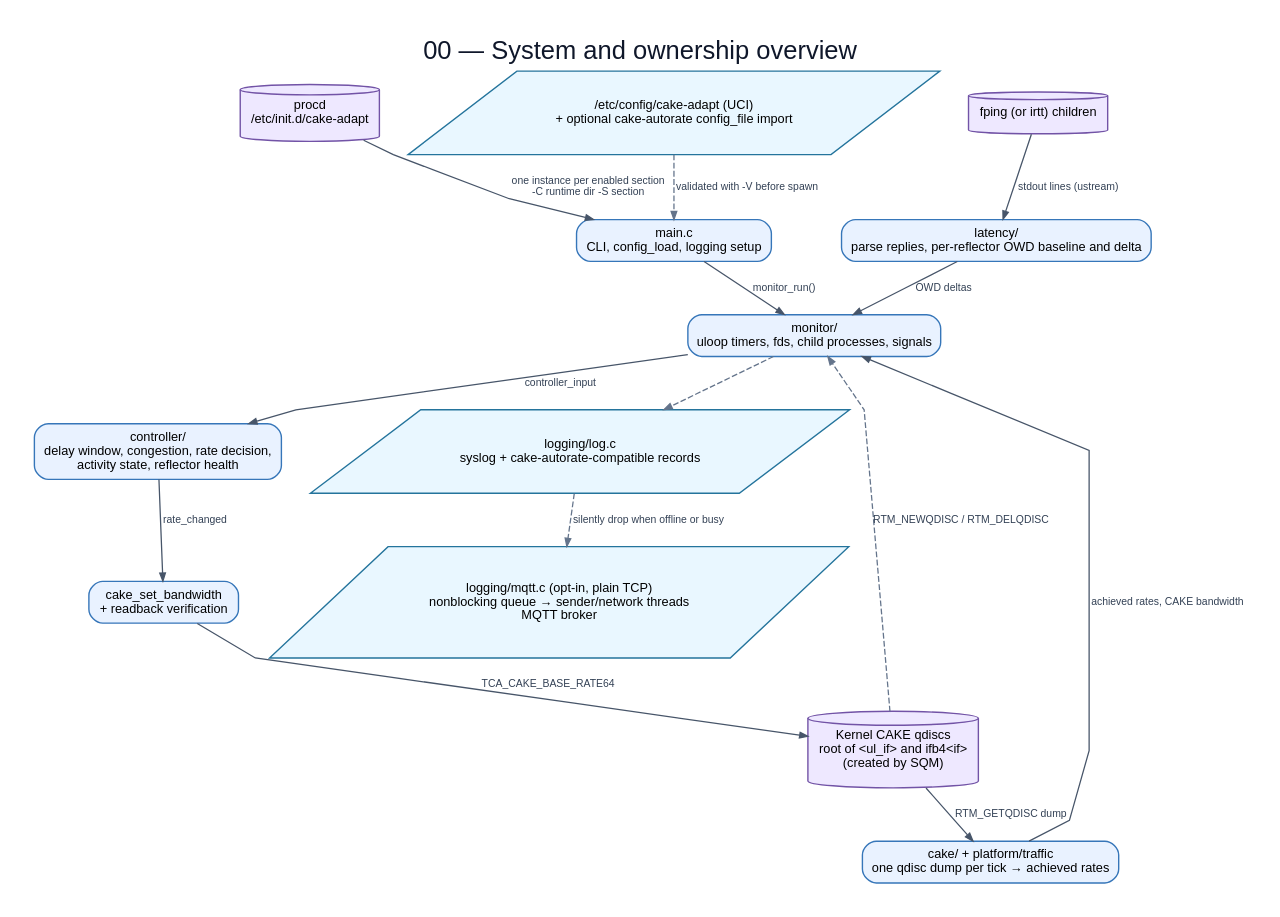
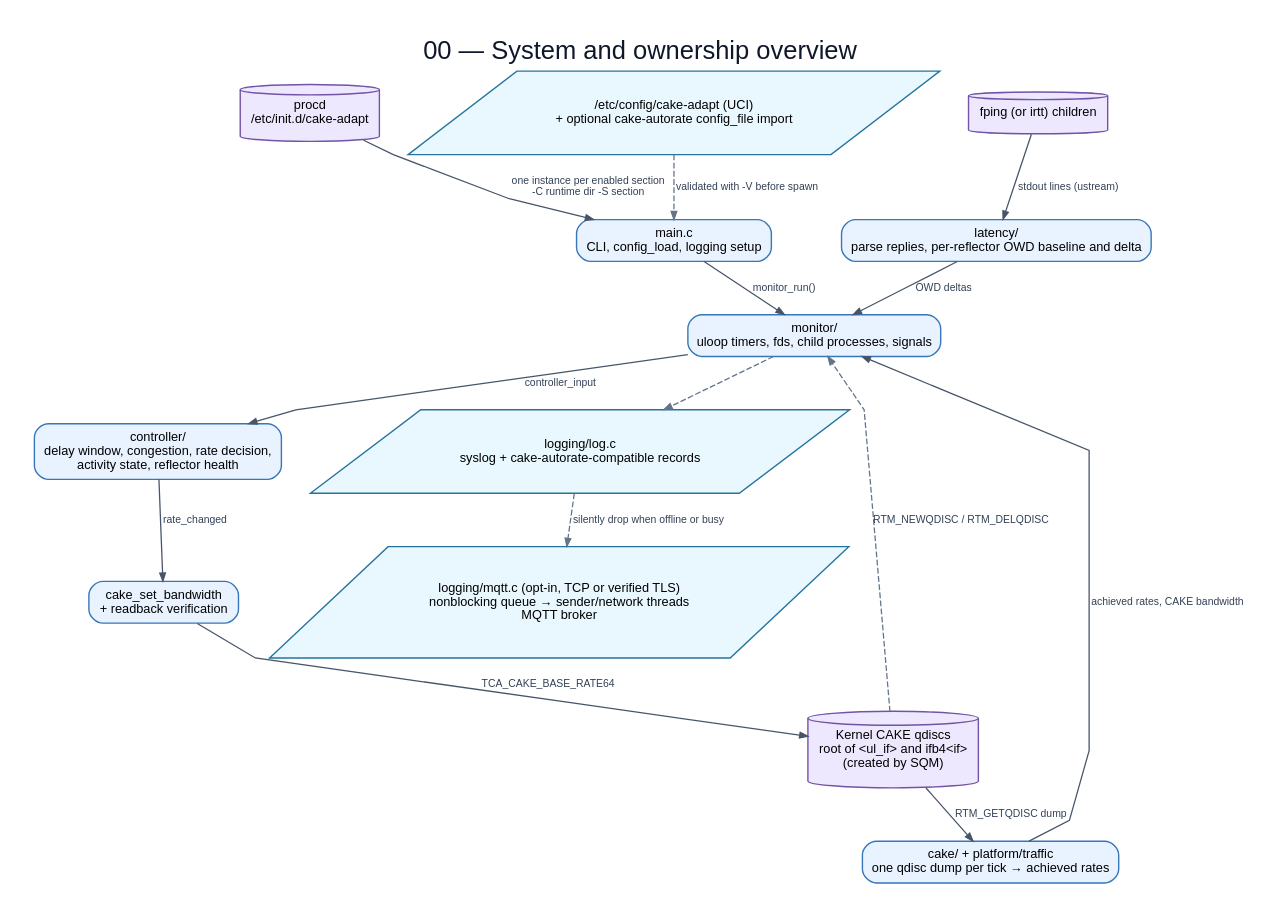
The diagram in flowchart/diagrams/00-system-overview.dot (huydoan94/cake-adapt), drawn with Graphviz before and after one commit. The commit also changed 51 other files, not shown here.

Commit message:
Add optional SSL MQTT builds and TLS configuration

```diff
--- a/flowchart/diagrams/00-system-overview.dot
+++ b/flowchart/diagrams/00-system-overview.dot
@@ -1,30 +1,30 @@
 digraph G {
   graph [rankdir=TB,bgcolor="white",pad="0.30",nodesep="0.35",ranksep="0.48",splines=polyline,fontname="Arial",label="00 — System and ownership overview",labelloc=t,fontsize=22,fontcolor="#0f172a"];
   node [fontname="Arial",fontsize=11,margin="0.14,0.09",penwidth=1.2];
   edge [fontname="Arial",fontsize=9,color="#475569",fontcolor="#334155",arrowsize=0.7,penwidth=1.1];
   procd [label="procd\n/etc/init.d/cake-adapt",shape=cylinder,style="filled",fillcolor="#eee8ff",color="#7253a6"];
   uci [label="/etc/config/cake-adapt (UCI)\n+ optional cake-autorate config_file import",shape=parallelogram,style="filled",fillcolor="#e9f7ff",color="#24749c"];
   main [label="main.c\nCLI, config_load, logging setup",shape=box,style="rounded,filled",fillcolor="#e9f2ff",color="#3676b9"];
   loop [label="monitor/\nuloop timers, fds, child processes, signals",shape=box,style="rounded,filled",fillcolor="#e9f2ff",color="#3676b9"];
   pinger [label="fping (or irtt) children",shape=cylinder,style="filled",fillcolor="#eee8ff",color="#7253a6"];
   latency [label="latency/\nparse replies, per-reflector OWD baseline and delta",shape=box,style="rounded,filled",fillcolor="#e9f2ff",color="#3676b9"];
   observe [label="cake/ + platform/traffic\none qdisc dump per tick → achieved rates",shape=box,style="rounded,filled",fillcolor="#e9f2ff",color="#3676b9"];
   controller [label="controller/\ndelay window, congestion, rate decision,\nactivity state, reflector health",shape=box,style="rounded,filled",fillcolor="#e9f2ff",color="#3676b9"];
   apply [label="cake_set_bandwidth\n+ readback verification",shape=box,style="rounded,filled",fillcolor="#e9f2ff",color="#3676b9"];
   kernel [label="Kernel CAKE qdiscs\nroot of <ul_if> and ifb4<if>\n(created by SQM)",shape=cylinder,style="filled",fillcolor="#eee8ff",color="#7253a6"];
   log [label="logging/log.c\nsyslog + cake-autorate-compatible records",shape=parallelogram,style="filled",fillcolor="#e9f7ff",color="#24749c"];
-  mqtt [label="logging/mqtt.c (opt-in, plain TCP)\nnonblocking queue → sender/network threads\nMQTT broker",shape=parallelogram,style="filled",fillcolor="#e9f7ff",color="#24749c"];
+  mqtt [label="logging/mqtt.c (opt-in, TCP or verified TLS)\nnonblocking queue → sender/network threads\nMQTT broker",shape=parallelogram,style="filled",fillcolor="#e9f7ff",color="#24749c"];
   procd -> main [label="one instance per enabled section\n-C runtime dir -S section"];
   uci -> main [label="validated with -V before spawn",style=dashed,color="#64748b"];
   main -> loop [label="monitor_run()"];
   pinger -> latency [label="stdout lines (ustream)"];
   latency -> loop [label="OWD deltas"];
   kernel -> observe [label="RTM_GETQDISC dump"];
   observe -> loop [label="achieved rates, CAKE bandwidth"];
   kernel -> loop [label="RTM_NEWQDISC / RTM_DELQDISC",style=dashed,color="#64748b"];
   loop -> controller [label="controller_input"];
   controller -> apply [label="rate_changed"];
   apply -> kernel [label="TCA_CAKE_BASE_RATE64"];
   loop -> log [style=dashed,color="#64748b"];
   log -> mqtt [label="silently drop when offline or busy",style=dashed,color="#64748b"];
 }
```
